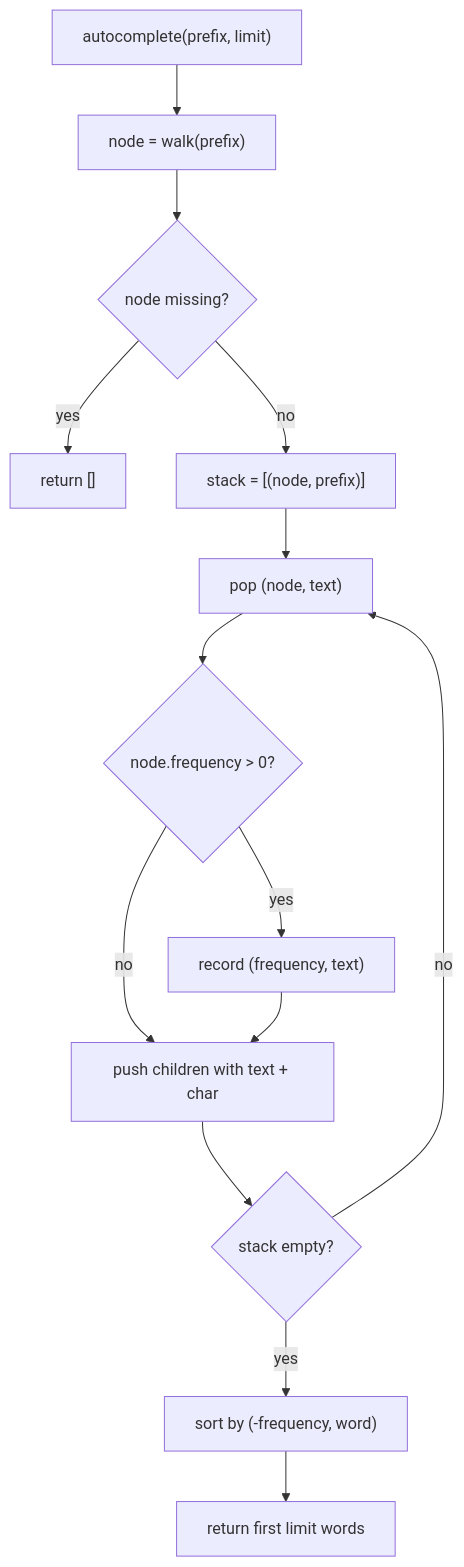
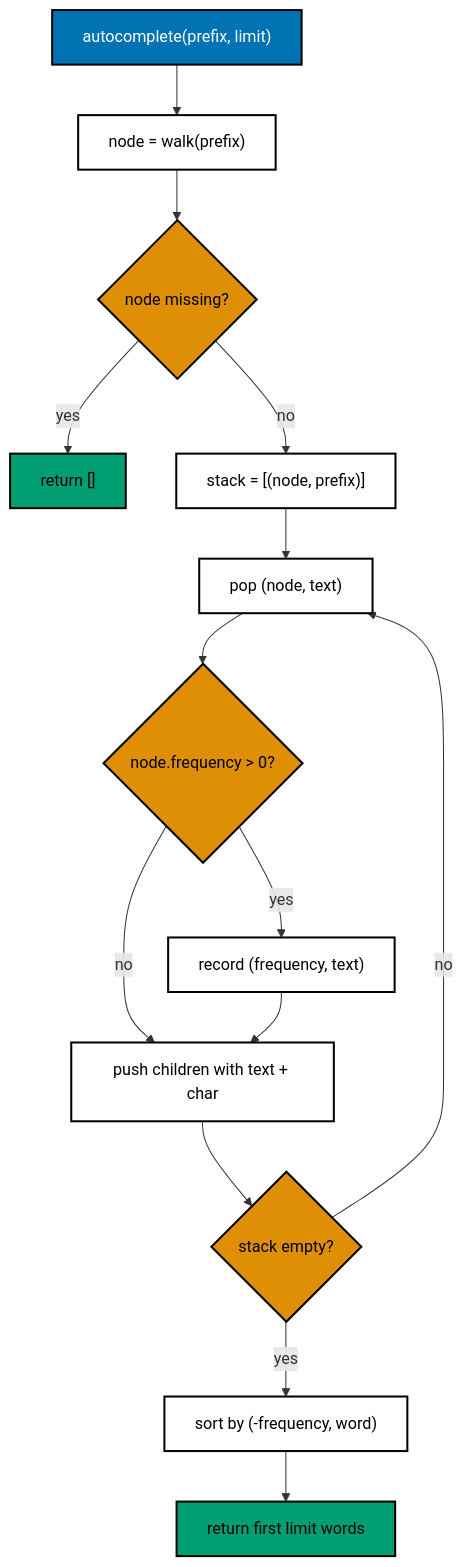
The first of 2 diagrams in drill/system-design-algos/in-python/algo_14_trie.md (wahidyankf/grind-in-public), drawn with Mermaid before and after one commit. The commit also changed other lines of this file and 22 other files, not shown here.

First line of the commit message:
docs: use accessible palette in mermaid diagrams

````diff
--- a/drill/system-design-algos/in-python/algo_14_trie.md
+++ b/drill/system-design-algos/in-python/algo_14_trie.md
@@ -32,20 +32,27 @@
 ```mermaid
 flowchart TD
   accTitle: Trie autocomplete
   accDescr {
     Shows autocomplete walking to the prefix node, collecting words with a stack, then sorting them.
   }
   A["autocomplete(prefix, limit)"] --> B["node = walk(prefix)"]
   B --> C{"node missing?"}
   C -->|yes| D["return []"]
   C -->|no| E["stack = [(node, prefix)]"]
   E --> F["pop (node, text)"]
   F --> G{"node.frequency > 0?"}
   G -->|yes| H["record (frequency, text)"]
   G -->|no| I["push children with text + char"]
   H --> I
   I --> J{"stack empty?"}
   J -->|no| F
   J -->|yes| K["sort by (-frequency, word)"]
   K --> L["return first limit words"]
+  classDef default fill:#FFFFFF,stroke:#000000,color:#000000,stroke-width:2px
+  classDef blue fill:#0173B2,stroke:#000000,color:#FFFFFF,stroke-width:2px
+  classDef orange fill:#DE8F05,stroke:#000000,color:#000000,stroke-width:2px
+  classDef teal fill:#029E73,stroke:#000000,color:#000000,stroke-width:2px
+  class C,G,J orange
+  class A blue
+  class D,L teal
 ```
````
